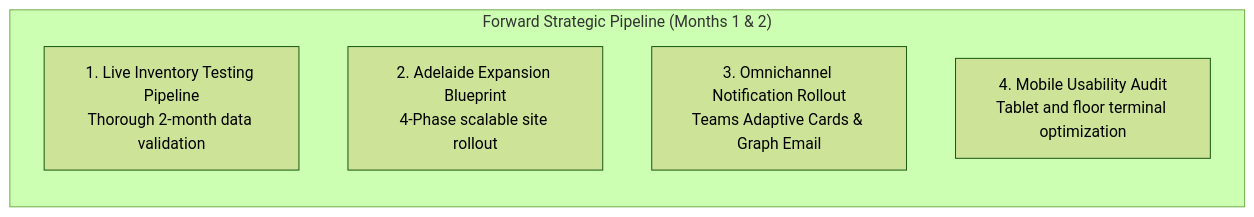
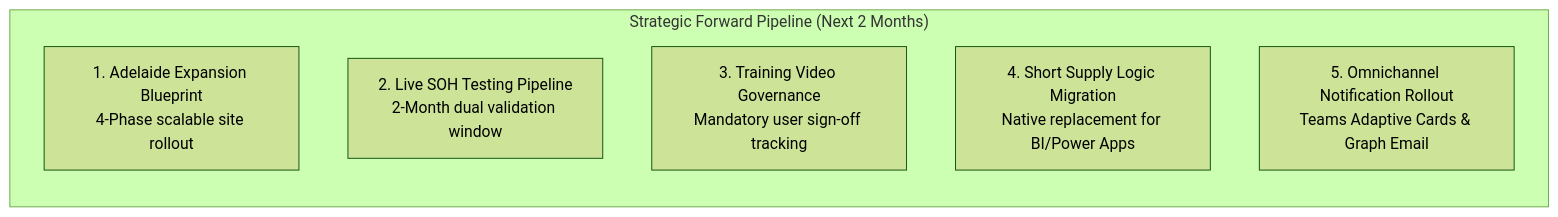
The sixth of 7 diagrams in docs/PROCUREFLOW_DEVELOPMENT_ACTION_PLAN.md (SPLGit-Project/ProcureFlow-App), drawn with Mermaid (forest theme) before and after one commit. The commit also changed other lines of this file and 1 other file, not shown here.

Commit message:
docs: elevate action plan & presentation to v4.0 with Three-Horizon model, training in forward pipeline, and Short Supply logic migration

````diff
--- a/docs/PROCUREFLOW_DEVELOPMENT_ACTION_PLAN.md
+++ b/docs/PROCUREFLOW_DEVELOPMENT_ACTION_PLAN.md
@@ -337,9 +336,10 @@
 ```mermaid
 flowchart LR
-    subgraph Pipeline2Months ["Forward Strategic Pipeline (Months 1 & 2)"]
-        F1["1. Live Inventory Testing Pipeline<br/>Thorough 2-month data validation"]
-        F2["2. Adelaide Expansion Blueprint<br/>4-Phase scalable site rollout"]
-        F3["3. Omnichannel Notification Rollout<br/>Teams Adaptive Cards & Graph Email"]
-        F4["4. Mobile Usability Audit<br/>Tablet and floor terminal optimization"]
+    subgraph Horizon3Pipeline ["Strategic Forward Pipeline (Next 2 Months)"]
+        F1["1. Adelaide Expansion Blueprint<br/>4-Phase scalable site rollout"]
+        F2["2. Live SOH Testing Pipeline<br/>2-Month dual validation window"]
+        F3["3. Training Video Governance<br/>Mandatory user sign-off tracking"]
+        F4["4. Short Supply Logic Migration<br/>Native replacement for BI/Power Apps"]
+        F5["5. Omnichannel Notification Rollout<br/>Teams Adaptive Cards & Graph Email"]
     end
 ```
````
